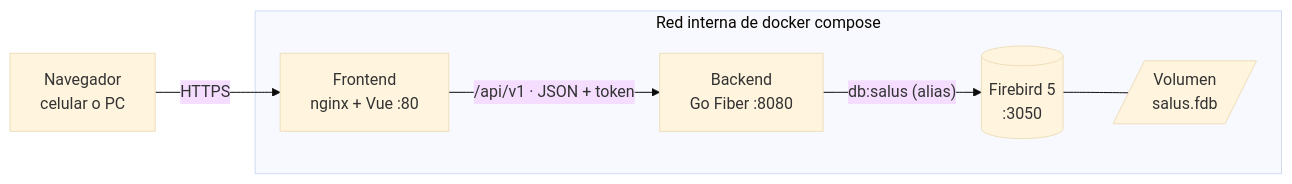
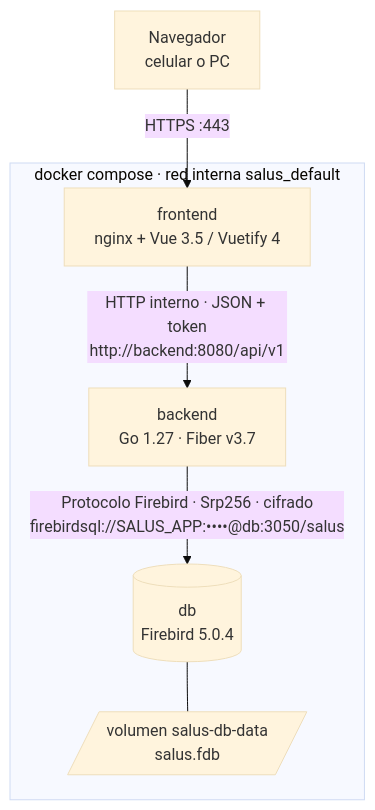
One commit to Alexis-Santana-Vega/salus-salata changed the diagram in docs/08-arquitectura.md. Above: the diagram before and after it, drawn with Mermaid (base theme). The commit also changed other lines of this file and 23 other files, not shown here.

First line of the commit message:
feat(backend): base de la API con Firebird, migraciones, errores, logs y Scalar

````diff
--- a/docs/08-arquitectura.md
+++ b/docs/08-arquitectura.md
@@ -5,9 +5,9 @@
 ```mermaid
-flowchart LR
-    U[Navegador<br/>celular o PC] -- HTTPS --> F
-    subgraph compose[Red interna de docker compose]
-        F[Frontend<br/>nginx + Vue :80] -- "/api/v1 · JSON + token" --> B[Backend<br/>Go Fiber :8080]
-        B -- "db:salus (alias)" --> D[(Firebird 5<br/>:3050)]
-        D --- V[/Volumen<br/>salus.fdb/]
+flowchart TB
+    U["Navegador<br/>celular o PC"] -- "HTTPS :443" --> F
+    subgraph compose["docker compose · red interna salus_default"]
+        F["frontend<br/>nginx + Vue 3.5 / Vuetify 4"] -- "HTTP interno · JSON + token<br/>http://backend:8080/api/v1" --> B["backend<br/>Go 1.27 · Fiber v3.7"]
+        B -- "Protocolo Firebird · Srp256 · cifrado<br/>firebirdsql://SALUS_APP:••••@db:3050/salus" --> D[("db<br/>Firebird 5.0.4")]
+        D --- V[/"volumen salus-db-data<br/>salus.fdb"/]
     end
 ```
````
